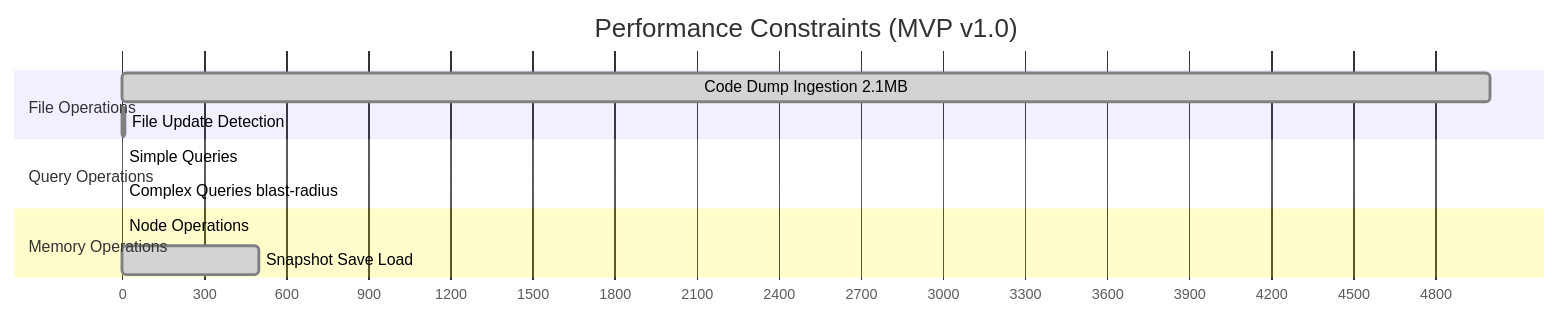
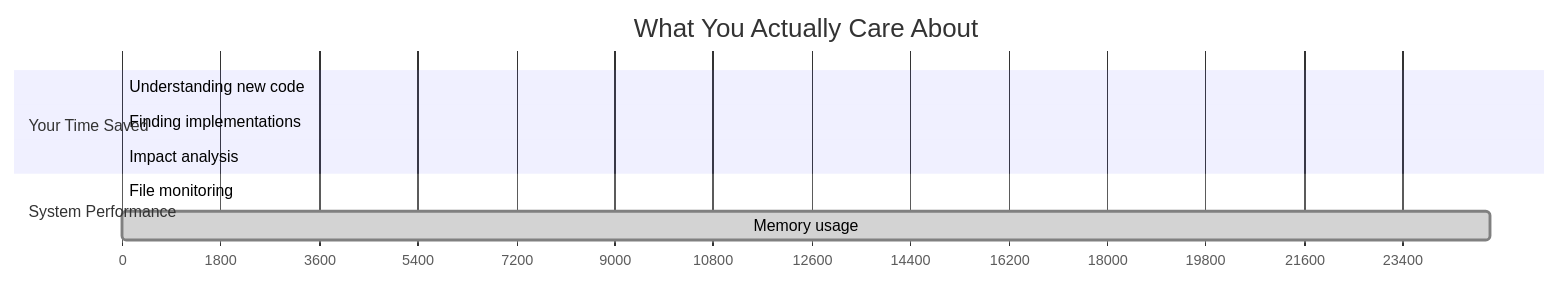
The third of 4 diagrams in README.md (that-in-rust/parseltongue), drawn with Mermaid before and after one commit. The commit also changed other lines of this file, not shown here.

````diff
--- a/README.md
+++ b/README.md
@@ -115,18 +136,15 @@
 ```mermaid
 gantt
-    title Performance Constraints (MVP v1.0)
+    title What You Actually Care About
     dateFormat X
     axisFormat %s
     
-    section File Operations
-    Code Dump Ingestion 2.1MB    :done, dump, 0, 5000
-    File Update Detection         :done, update, 0, 12
+    section Your Time Saved
+    Understanding new code    :done, understand, 0, 5
+    Finding implementations   :done, find, 0, 0.001
+    Impact analysis          :done, impact, 0, 0.001
     
-    section Query Operations  
-    Simple Queries               :done, simple, 0, 1
-    Complex Queries blast-radius :done, complex, 0, 1
-    
-    section Memory Operations
-    Node Operations              :done, node, 0, 0.05
-    Snapshot Save Load           :done, snapshot, 0, 500
+    section System Performance  
+    File monitoring          :done, monitor, 0, 12
+    Memory usage            :done, memory, 0, 25000
 ```
````
